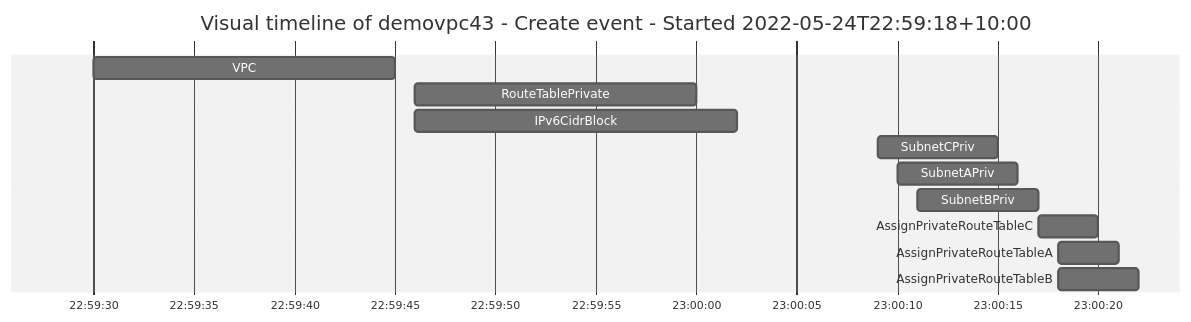
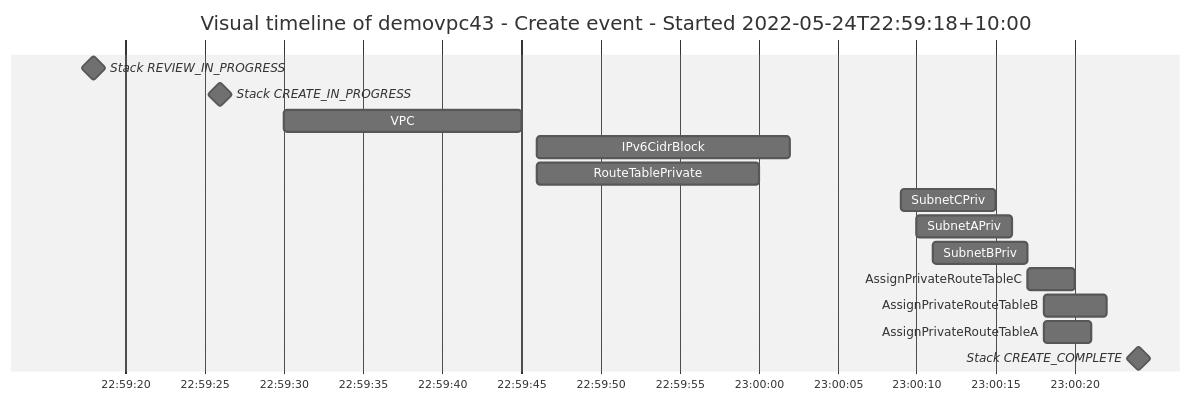
One commit to ArjenSchwarz/fog changed the first of 4 diagrams in docs/fog-report-demo.md. Above: the diagram before and after it, drawn with Mermaid (neutral theme). The commit also changed other lines of this file and 1 other file, not shown here.

````diff
--- a/docs/fog-report-demo.md
+++ b/docs/fog-report-demo.md
@@ -24,15 +24,18 @@
 ```mermaid
 gantt
 	title Visual timeline of demovpc43 - Create event - Started 2022-05-24T22:59:18+10:00
 	dateFormat HH:mm:ss
 	axisFormat %H:%M:%S
+	Stack REVIEW_IN_PROGRESS	:milestone, 22:59:18 , 0s
+	Stack CREATE_IN_PROGRESS	:milestone, 22:59:26 , 0s
 	VPC	:22:59:30 , 15s
+	IPv6CidrBlock	:22:59:46 , 16s
 	RouteTablePrivate	:22:59:46 , 14s
-	IPv6CidrBlock	:22:59:46 , 16s
 	SubnetCPriv	:23:00:09 , 6s
 	SubnetAPriv	:23:00:10 , 6s
 	SubnetBPriv	:23:00:11 , 6s
 	AssignPrivateRouteTableC	:23:00:17 , 3s
+	AssignPrivateRouteTableB	:23:00:18 , 4s
 	AssignPrivateRouteTableA	:23:00:18 , 3s
-	AssignPrivateRouteTableB	:23:00:18 , 4s
+	Stack CREATE_COMPLETE	:milestone, 23:00:24 , 0s
 ```
````
